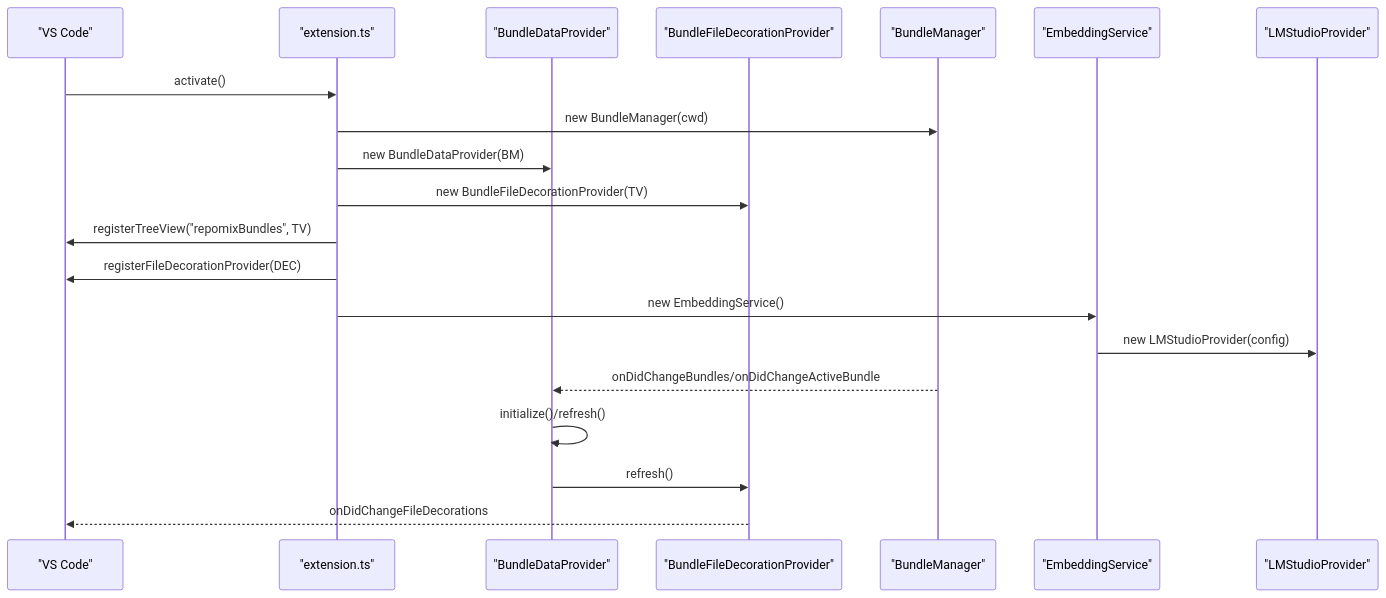
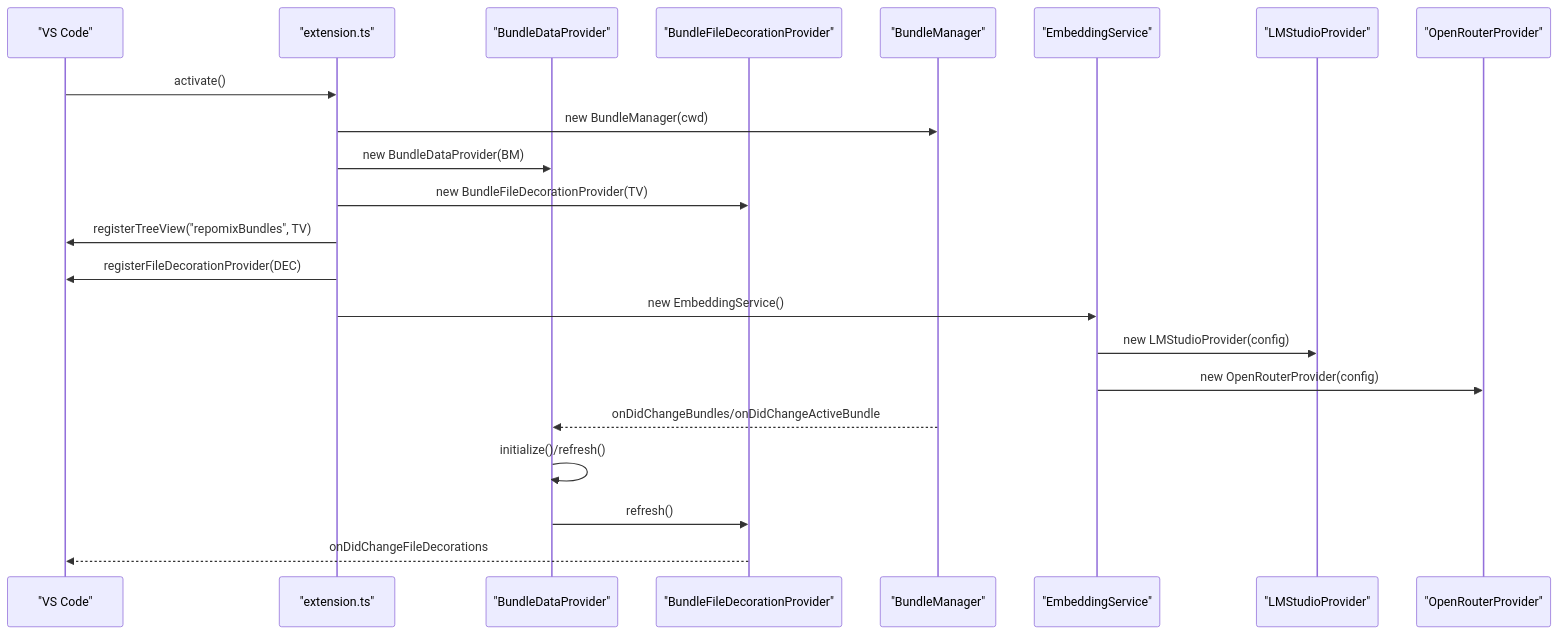
One commit to bramburn/repomix-runner changed the second of 11 diagrams in .qoder/repowiki/en/content/Storage System/Provider Patterns and Integration.md. Above: the diagram before and after it, drawn with Mermaid. The commit also changed other lines of this file and 14 other files, not shown here.

````diff
--- a/.qoder/repowiki/en/content/Storage System/Provider Patterns and Integration.md
+++ b/.qoder/repowiki/en/content/Storage System/Provider Patterns and Integration.md
@@ -156,22 +168,24 @@
 ```mermaid
 sequenceDiagram
 participant VS as "VS Code"
 participant EXT as "extension.ts"
 participant TV as "BundleDataProvider"
 participant DEC as "BundleFileDecorationProvider"
 participant BM as "BundleManager"
 participant ETS as "EmbeddingService"
 participant LMP as "LMStudioProvider"
+participant ORP as "OpenRouterProvider"
 VS->>EXT : activate()
 EXT->>BM : new BundleManager(cwd)
 EXT->>TV : new BundleDataProvider(BM)
 EXT->>DEC : new BundleFileDecorationProvider(TV)
 EXT->>VS : registerTreeView("repomixBundles", TV)
 EXT->>VS : registerFileDecorationProvider(DEC)
 EXT->>ETS : new EmbeddingService()
 ETS->>LMP : new LMStudioProvider(config)
+ETS->>ORP : new OpenRouterProvider(config)
 BM-->>TV : onDidChangeBundles/onDidChangeActiveBundle
 TV->>TV : initialize()/refresh()
 TV->>DEC : refresh()
 DEC-->>VS : onDidChangeFileDecorations
 ```
````
